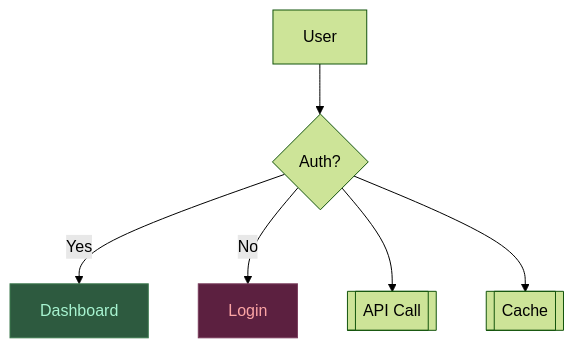
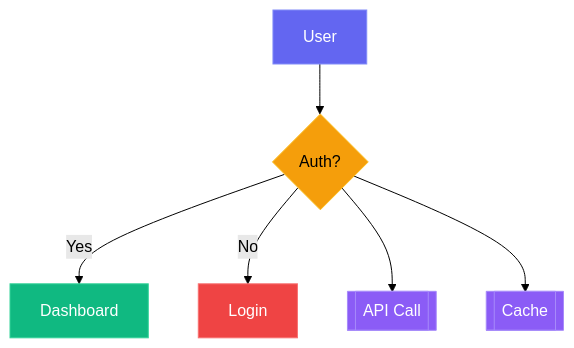
One commit to Epsilondelta-ai/flowbook changed the diagram in examples/auth/login.flow.md. Above: the diagram before and after it, drawn with Mermaid (forest theme). The commit also changed 6 other files, not shown here.

Commit message:
feat: flow-group coloring in SKILL.md and examples — LLM colors by logical flow group instead of node shape

````diff
--- a/examples/auth/login.flow.md
+++ b/examples/auth/login.flow.md
@@ -9,13 +9,20 @@
 ```mermaid
 flowchart TD
     A[User] --> B{Auth?}
     B -->|Yes| C[Dashboard]
     B -->|No| D[Login]
     B --> E[[API Call]]
     B --> F[[Cache]]
 
-    classDef success fill:#2d5a3f,stroke:#3d7a4f,color:#a7f3d0
-    classDef danger fill:#5c2040,stroke:#7a3d5c,color:#fca5a5
+    classDef entry fill:#6366f1,stroke:#818cf8,color:#fff
+    classDef success fill:#10b981,stroke:#34d399,color:#fff
+    classDef error fill:#ef4444,stroke:#f87171,color:#fff
+    classDef validation fill:#f59e0b,stroke:#fbbf24,color:#000
+    classDef external fill:#8b5cf6,stroke:#a78bfa,color:#fff
+
+    class A entry
+    class B validation
     class C success
-    class D danger
+    class D error
+    class E,F external
 ```
````
